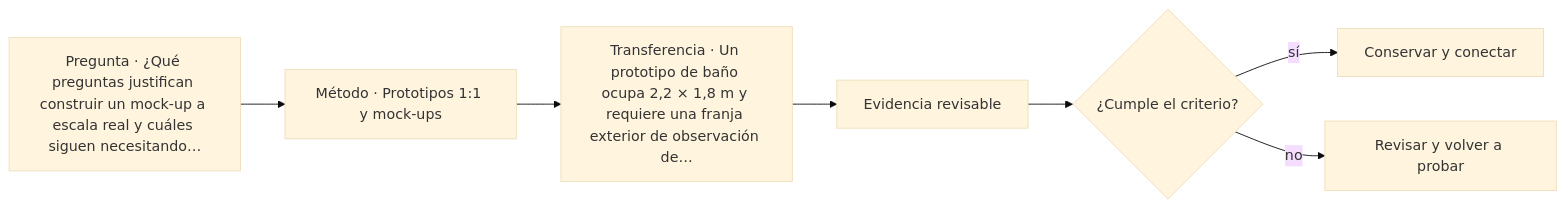
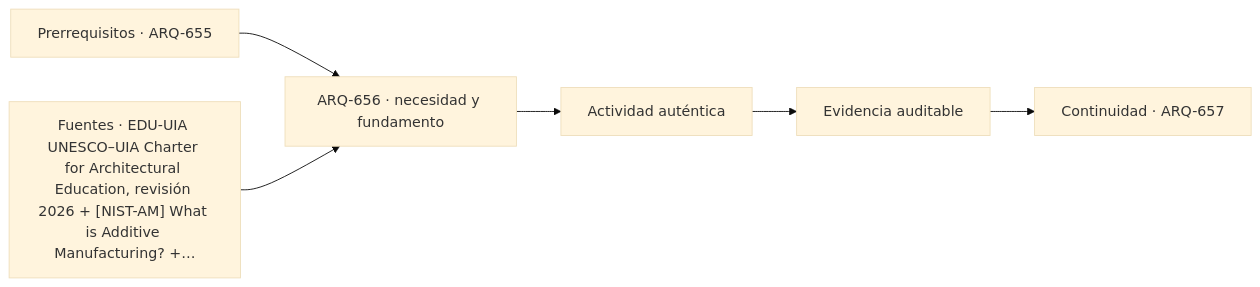
Before and after one commit to vladimiracunadev-create/architecture-built-environment-learning-program: the diagram in classes/parte-66/ARQ-656.md, drawn with Mermaid (base theme). The commit also changed other lines of this file and 761 other files, not shown here.

````diff
--- a/classes/parte-66/ARQ-656.md
+++ b/classes/parte-66/ARQ-656.md
@@ -66,9 +78,8 @@
 ```mermaid
 flowchart LR
-    Q["Pregunta · ¿Qué preguntas justifican construir un mock-up a escala real y cuáles siguen necesitando…"] --> M["Método · Prototipos 1:1 y mock-ups"]
-    M --> P["Transferencia · Un prototipo de baño ocupa 2,2 × 1,8 m y requiere una franja exterior de observación de…"]
-    P --> E["Evidencia revisable"]
-    E --> C{"¿Cumple el criterio?"}
-    C -->|sí| T["Conservar y conectar"]
-    C -->|no| R["Revisar y volver a probar"]
+    A["Prerrequisitos · ARQ-655"] --> B["ARQ-656 · necesidad y fundamento"]
+    S["Fuentes · EDU-UIA UNESCO–UIA Charter for Architectural Education, revisión 2026 + [NIST-AM] What is Additive Manufacturing? +…"] --> B
+    B --> C["Actividad auténtica"]
+    C --> D["Evidencia auditable"]
+    D --> E["Continuidad · ARQ-657"]
 ```
````
